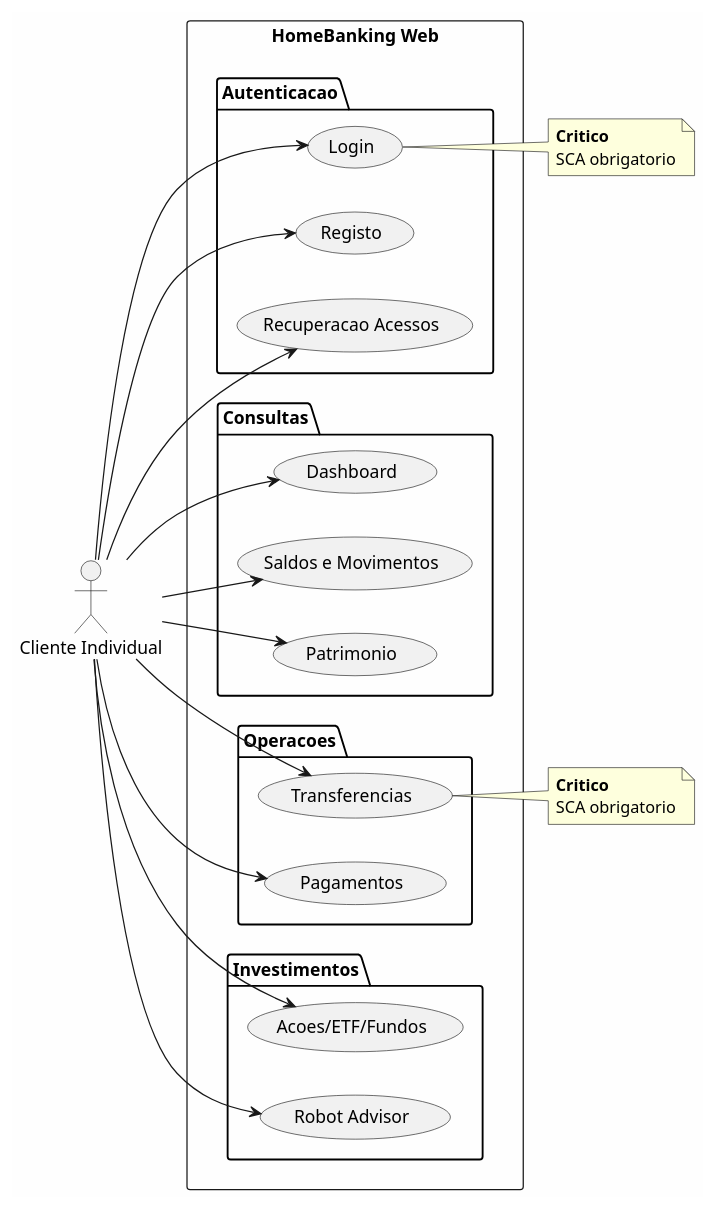
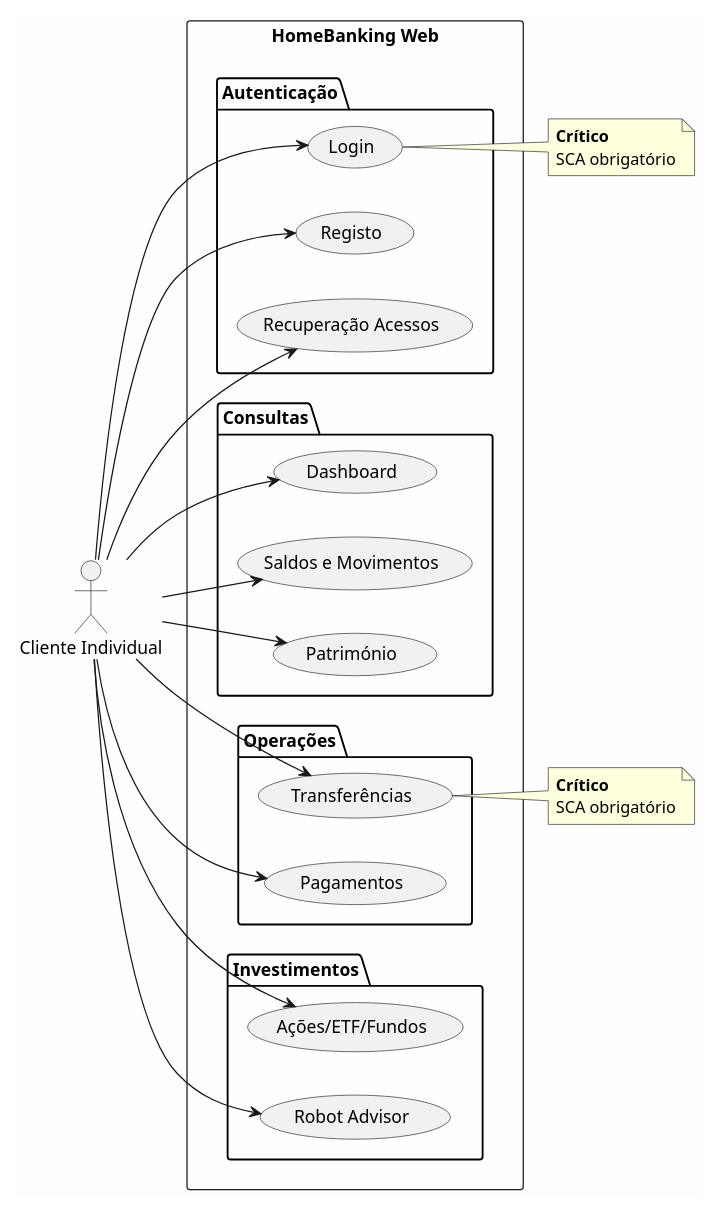
Before and after one commit to beduardo/novobanco_website_doc: the second of 3 diagrams in current/sections/SEC-03-visao-geral-solucao.md, drawn with PlantUML. The commit also changed other lines of this file and 182 other files, not shown here.

````diff
--- a/current/sections/SEC-03-visao-geral-solucao.md
+++ b/current/sections/SEC-03-visao-geral-solucao.md
@@ -137,55 +137,55 @@
 ```plantuml
 @startuml
 skinparam backgroundColor #FEFEFE
 
 left to right direction
 
 actor "Cliente Individual" as USER
 
 rectangle "HomeBanking Web" {
-    package "Autenticacao" {
+    package "Autenticação" {
         usecase "Login" as UC_LOGIN
         usecase "Registo" as UC_REG
-        usecase "Recuperacao Acessos" as UC_REC
+        usecase "Recuperação Acessos" as UC_REC
     }
 
     package "Consultas" {
         usecase "Dashboard" as UC_DASH
         usecase "Saldos e Movimentos" as UC_SALDOS
-        usecase "Patrimonio" as UC_PAT
+        usecase "Património" as UC_PAT
     }
 
-    package "Operacoes" {
-        usecase "Transferencias" as UC_TRANSF
+    package "Operações" {
+        usecase "Transferências" as UC_TRANSF
         usecase "Pagamentos" as UC_PAG
     }
 
     package "Investimentos" {
-        usecase "Acoes/ETF/Fundos" as UC_INV
+        usecase "Ações/ETF/Fundos" as UC_INV
         usecase "Robot Advisor" as UC_ROBOT
     }
 }
 
 USER --> UC_LOGIN
 USER --> UC_REG
 USER --> UC_REC
 USER --> UC_DASH
 USER --> UC_SALDOS
 USER --> UC_PAT
 USER --> UC_TRANSF
 USER --> UC_PAG
 USER --> UC_INV
 USER --> UC_ROBOT
 
 note right of UC_LOGIN
-  **Critico**
-  SCA obrigatorio
+  **Crítico**
+  SCA obrigatório
 end note
 
 note right of UC_TRANSF
-  **Critico**
-  SCA obrigatorio
+  **Crítico**
+  SCA obrigatório
 end note
 
 @enduml
 ```
````
